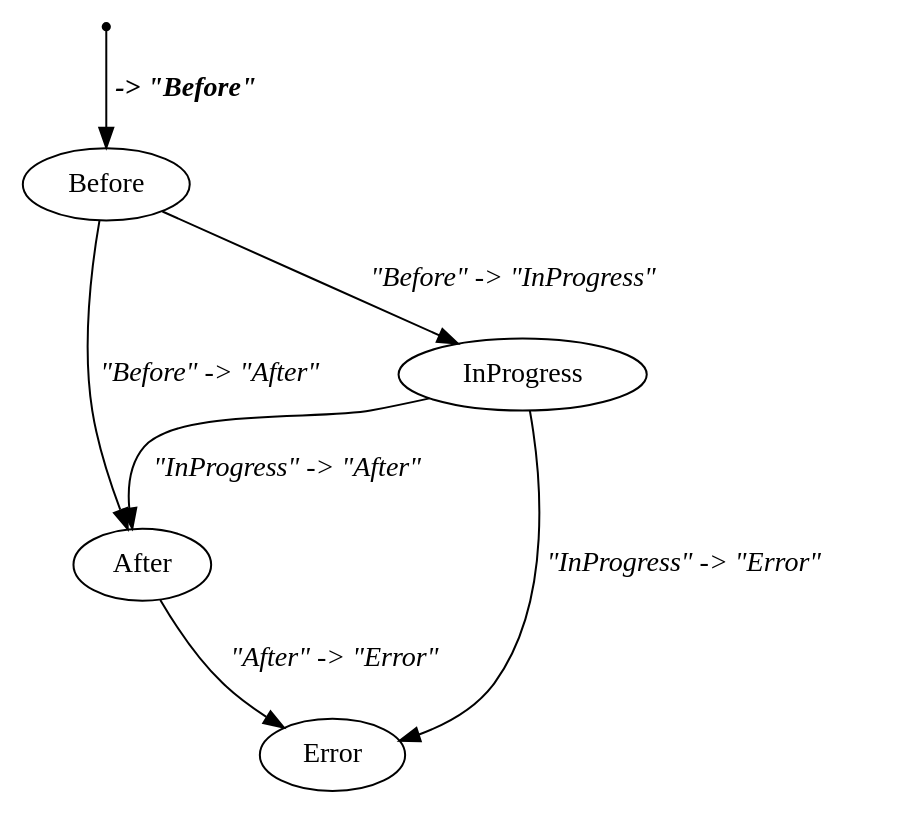
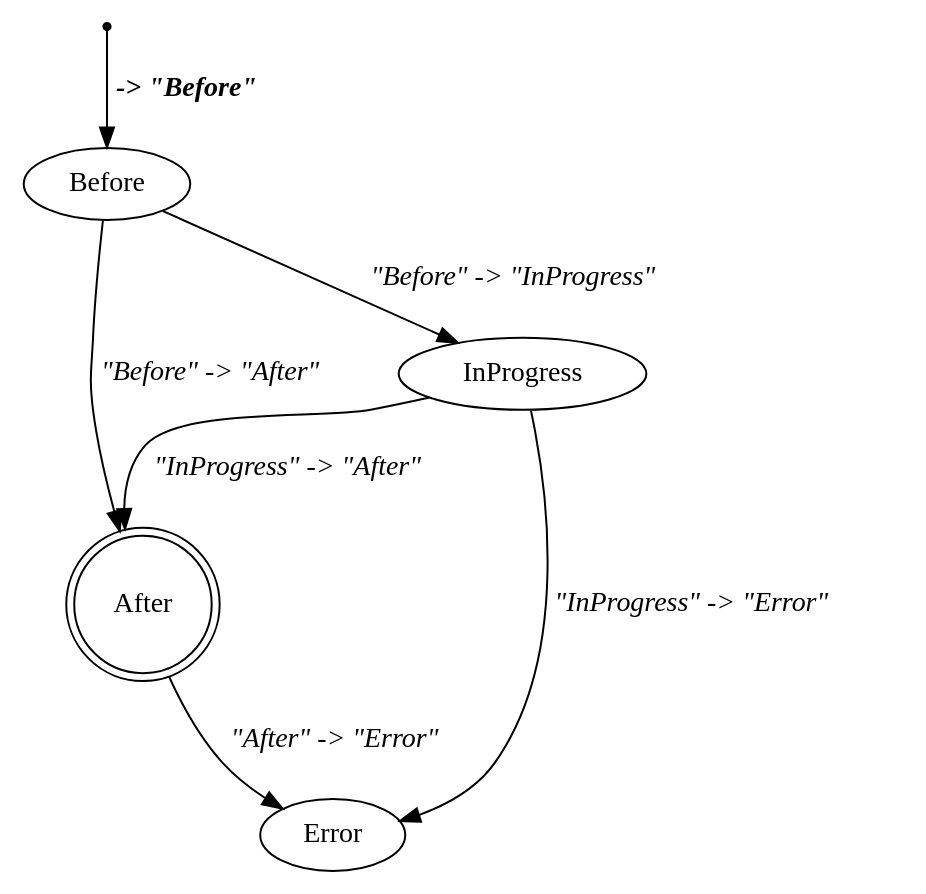
The diagram in docs/appointments_stm.dot (kieranjwhite/calendar_mirror), drawn with Graphviz before and after one commit. The commit also changed 13 other files, not shown here.

```diff
--- a/docs/appointments_stm.dot
+++ b/docs/appointments_stm.dot
@@ -1,13 +1,13 @@
 digraph appointment_stm {
-    After[label="After"][shape="ellipse"];
+    After[label="After"][shape="doublecircle"];
     Before[label="Before"][shape="ellipse"];
     Error[label="Error"][shape="ellipse"];
     InProgress[label="InProgress"][shape="ellipse"];
     _start[label="_start"][shape="point"];
     _start -> Before[label=<<TABLE BORDER="0"><TR><TD><B><I> -&gt; "Before"</I></B></TD></TR></TABLE>>];
     Before -> InProgress[label=<<TABLE BORDER="0"><TR><TD><I>"Before" -&gt; "InProgress"</I></TD></TR></TABLE>>];
     Before -> After[label=<<TABLE BORDER="0"><TR><TD><I>"Before" -&gt; "After"</I></TD></TR></TABLE>>];
     InProgress -> After[label=<<TABLE BORDER="0"><TR><TD><I>"InProgress" -&gt; "After"</I></TD></TR></TABLE>>];
     InProgress -> Error[label=<<TABLE BORDER="0"><TR><TD><I>"InProgress" -&gt; "Error"</I></TD></TR></TABLE>>];
     After -> Error[label=<<TABLE BORDER="0"><TR><TD><I>"After" -&gt; "Error"</I></TD></TR></TABLE>>];
 }
```
